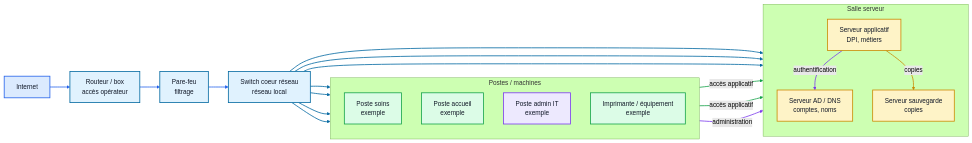
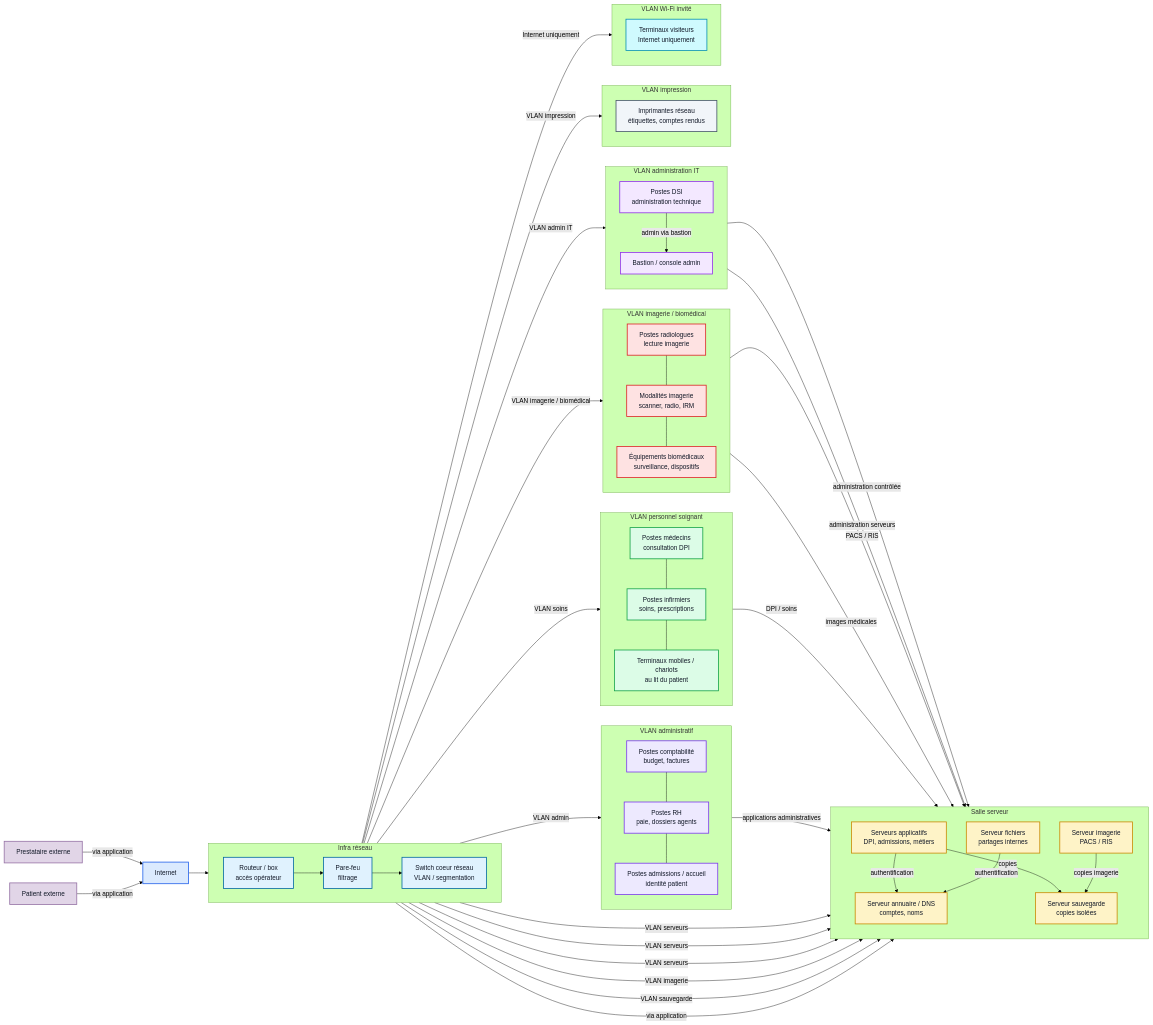
The fifth of 5 diagrams in docs/systeme-info-si/iteration-1/finalisation-diagrammes.md (chabad26/memo-ais), drawn with Mermaid (forest theme) before and after one commit. The commit also changed other lines of this file and 4 other files, not shown here.

````diff
--- a/docs/systeme-info-si/iteration-1/finalisation-diagrammes.md
+++ b/docs/systeme-info-si/iteration-1/finalisation-diagrammes.md
@@ -278,56 +278,119 @@
 ```mermaid
 flowchart LR
+    PREST["Prestataire externe"]
+    PATIENT["Patient externe"]
     INTERNET["Internet"]
-    ROUTER["Routeur / box<br/>accès opérateur"]
-    FW["Pare-feu<br/>filtrage"]
-    SWITCH["Switch coeur réseau<br/>réseau local"]
+
+    subgraph INFRA["Infra réseau"]
+        direction LR
+        ROUTER["Routeur / box<br/>accès opérateur"]
+        FW["Pare-feu<br/>filtrage"]
+        CORE["Switch coeur réseau<br/>VLAN / segmentation"]
+    end
 
     subgraph SRV["Salle serveur"]
         direction TB
-        APP["Serveur applicatif<br/>DPI, métiers"]
-        AD["Serveur AD / DNS<br/>comptes, noms"]
-        BACKUP["Serveur sauvegarde<br/>copies"]
+        APP["Serveurs applicatifs<br/>DPI, admissions, métiers"]
+        AD["Serveur annuaire / DNS<br/>comptes, noms"]
+        FILES["Serveur fichiers<br/>partages internes"]
+        PACS["Serveur imagerie<br/>PACS / RIS"]
+        BACKUP["Serveur sauvegarde<br/>copies isolées"]
     end
 
-    subgraph POSTS["Postes / machines"]
+    subgraph ADMIN["VLAN administratif"]
         direction TB
-        P1["Poste soins<br/>exemple"]
-        P2["Poste accueil<br/>exemple"]
-        P3["Poste admin IT<br/>exemple"]
-        PRN["Imprimante / équipement<br/>exemple"]
+        COMPTA["Postes comptabilité<br/>budget, factures"]
+        RH["Postes RH<br/>paie, dossiers agents"]
+        ADM["Postes admissions / accueil<br/>identité patient"]
     end
 
+    subgraph CARE["VLAN personnel soignant"]
+        direction TB
+        DOC["Postes médecins<br/>consultation DPI"]
+        NURSE["Postes infirmiers<br/>soins, prescriptions"]
+        MOBILE["Terminaux mobiles / chariots<br/>au lit du patient"]
+    end
+
+    subgraph IMG["VLAN imagerie / biomédical"]
+        direction TB
+        RADIO["Postes radiologues<br/>lecture imagerie"]
+        MODAL["Modalités imagerie<br/>scanner, radio, IRM"]
+        BIOMED["Équipements biomédicaux<br/>surveillance, dispositifs"]
+    end
+
+    subgraph TECH["VLAN administration IT"]
+        direction TB
+        BASTION["Bastion / console admin"]
+        IT["Postes DSI<br/>administration technique"]
+    end
+
+    subgraph PRINT["VLAN impression"]
+        direction TB
+        PRN["Imprimantes réseau<br/>étiquettes, comptes rendus"]
+    end
+
+    subgraph GUEST["VLAN Wi-Fi invité"]
+        direction TB
+        WIFI["Terminaux visiteurs<br/>Internet uniquement"]
+    end
+
+    PREST -->|"via application"| INTERNET
+    PATIENT -->|"via application"| INTERNET
     INTERNET --> ROUTER
     ROUTER --> FW
-    FW --> SWITCH
-    SWITCH --> APP
-    SWITCH --> AD
-    SWITCH --> BACKUP
-    SWITCH --> P1
-    SWITCH --> P2
-    SWITCH --> P3
-    SWITCH --> PRN
-    P1 -->|"accès applicatif"| APP
-    P2 -->|"accès applicatif"| APP
-    P3 -->|"administration"| AD
+    FW --> CORE
+
+    CORE -->|"VLAN serveurs"| APP
+    CORE -->|"VLAN serveurs"| AD
+    CORE -->|"VLAN serveurs"| FILES
+    CORE -->|"VLAN imagerie"| PACS
+    CORE -->|"VLAN sauvegarde"| BACKUP
+
+    CORE -->|"VLAN admin"| COMPTA
+    COMPTA --- RH
+    RH --- ADM
+    CORE -->|"VLAN soins"| DOC
+    DOC --- NURSE
+    NURSE --- MOBILE
+    CORE -->|"VLAN imagerie / biomédical"| RADIO
+    RADIO --- MODAL
+    MODAL --- BIOMED
+    CORE -->|"VLAN admin IT"| BASTION
+    IT -->|"admin via bastion"| BASTION
+    CORE -->|"VLAN impression"| PRN
+    FW -->|"Internet uniquement"| WIFI
+
+    CORE -->|"via application"| APP
+    ADM -->|"applications administratives"| APP
+    MOBILE -->|"DPI / soins"| APP
+    RADIO -->|"PACS / RIS"| PACS
+    MODAL -->|"images médicales"| PACS
+    BASTION -->|"administration contrôlée"| AD
+    BASTION -->|"administration serveurs"| APP
     APP -->|"authentification"| AD
+    FILES -->|"authentification"| AD
     APP -->|"copies"| BACKUP
+    PACS -->|"copies imagerie"| BACKUP
 
     classDef internet fill:#dbeafe,stroke:#2563eb,stroke-width:2px,color:#111827;
     classDef network fill:#e0f2fe,stroke:#0369a1,stroke-width:2px,color:#111827;
     classDef server fill:#fef3c7,stroke:#ca8a04,stroke-width:2px,color:#111827;
-    classDef workstation fill:#dcfce7,stroke:#16a34a,stroke-width:2px,color:#111827;
     classDef admin fill:#ede9fe,stroke:#7c3aed,stroke-width:2px,color:#111827;
+    classDef care fill:#dcfce7,stroke:#16a34a,stroke-width:2px,color:#111827;
+    classDef imaging fill:#fee2e2,stroke:#dc2626,stroke-width:2px,color:#111827;
+    classDef tech fill:#f3e8ff,stroke:#9333ea,stroke-width:2px,color:#111827;
+    classDef print fill:#f1f5f9,stroke:#475569,stroke-width:2px,color:#111827;
+    classDef guest fill:#cffafe,stroke:#0891b2,stroke-width:2px,color:#111827;
+    classDef external fill:#e1d5e7,stroke:#9673a6,stroke-width:2px,color:#111827;
 
+    class PREST,PATIENT external;
     class INTERNET internet;
-    class ROUTER,FW,SWITCH network;
-    class APP,AD,BACKUP server;
-    class P1,P2,PRN workstation;
-    class P3 admin;
-
-    linkStyle 0,1,2 stroke:#2563eb,stroke-width:2px;
-    linkStyle 3,4,5,6,7,8,9 stroke:#0369a1,stroke-width:2px;
-    linkStyle 10,11 stroke:#16a34a,stroke-width:2px;
-    linkStyle 12,13 stroke:#7c3aed,stroke-width:2px;
-    linkStyle 14 stroke:#ca8a04,stroke-width:2px;
+    class ROUTER,FW,CORE network;
+    class APP,AD,FILES,PACS,BACKUP server;
+    class COMPTA,RH,ADM admin;
+    class DOC,NURSE,MOBILE care;
+    class RADIO,MODAL,BIOMED imaging;
+    class BASTION,IT tech;
+    class PRN print;
+    class WIFI guest;
 ```
````
